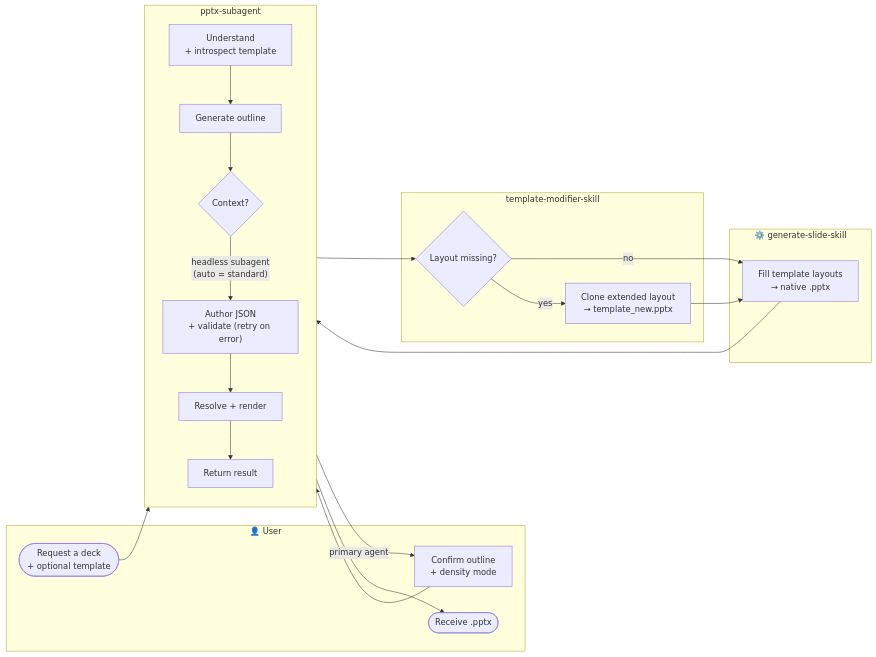
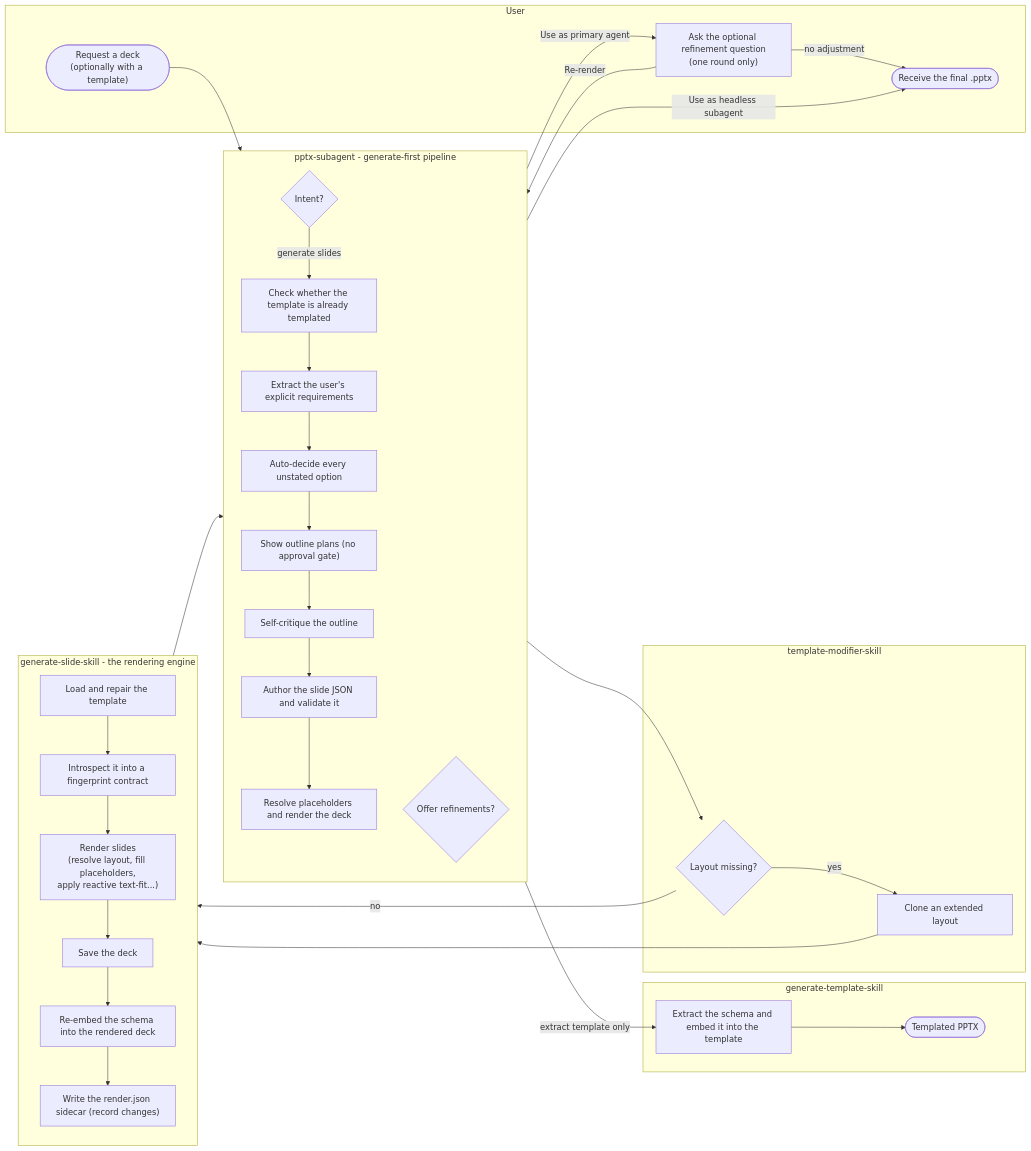
The diagram in docs/workflow/workflow-diagram.mmd (wcyapplemist/opencode-config-template-chenyu), drawn with Mermaid before and after one commit. The commit also changed 14 other files, not shown here.

Commit message:
docs(template-modifier): default clone_on='missing' policy (option A); reorganize diagram assets

```diff
--- a/docs/workflow/workflow-diagram.mmd
+++ b/docs/workflow/workflow-diagram.mmd
@@ -1,40 +1,60 @@
 %% PPTX Subagent System — Workflow Diagram (KEY steps · swimlane / responsibility view)
-%% Replaces the previous version. For the simplest linear view see workflow-diagram-linear.mmd;
-%% for the full mechanism see workflow-diagram-detailed.mmd.
+%% 3 skills each in their own block; generate-slide-skill (the core) shown as a
+%% 6-node pipeline. Intent router splits extract-only vs generation use cases.
+%% Linear view: workflow-diagram-linear.mmd · full mechanism: workflow-diagram-detailed.mmd
 %% Render at https://mermaid.live
 flowchart LR
-    subgraph User["👤 User"]
-        U0([Request a deck<br/>+ optional template])
-        U1[Confirm outline<br/>+ density mode]
-        Uend([Receive .pptx])
+    subgraph User["User"]
+        U0(["Request a deck<br/>(optionally with a template)"])
+        U1["Ask the optional refinement question<br/>(one round only)"]
+        Uend(["Receive the final .pptx"])
     end
 
-    subgraph Agent["pptx-subagent"]
+    subgraph Agent["pptx-subagent - generate-first pipeline"]
         direction TB
-        S0["Understand<br/>+ introspect template"]
-        S1["Generate outline"]
-        S2{"Context?"}
-        S3["Author JSON<br/>+ validate (retry on error)"]
-        S4["Resolve + render"]
-        S5["Return result"]
-        S0 --> S1 --> S2
-        S3 --> S4 --> S5
+        R{"Intent?"}
+        SM1["Check whether the template is already templated"]
+        S0a["Extract the user's explicit requirements"]
+        S0b["Auto-decide every unstated option"]
+        S1["Show outline plans (no approval gate)"]
+        S2["Self-critique the outline"]
+        S3["Author the slide JSON and validate it"]
+        S4["Resolve placeholders and render the deck"]
+        S5{"Offer refinements?"}
+        SM1 --> S0a --> S0b --> S1 --> S2 --> S3 --> S4
     end
 
-    subgraph Ext["template-modifier-skill"]
-        X0{"Layout missing?"}
-        X1[Clone extended layout<br/>→ template_new.pptx]
+    subgraph GT["generate-template-skill"]
+        GT0["Extract the schema and embed it into the template"]
+        GT1(["Templated PPTX"])
+        GT0 --> GT1
     end
 
-    subgraph Engine["⚙️ generate-slide-skill"]
-        E0[Fill template layouts<br/>→ native .pptx]
+    subgraph TM["template-modifier-skill"]
+        TM0{"Layout missing?"}
+        TM1["Clone an extended layout"]
+        TM0 -->|"yes"| TM1
     end
 
-    U0 --> S0
-    S2 -->|"primary agent"| U1
-    S2 -->|"headless subagent<br/>(auto = standard)"| S3
-    U1 --> S3
-    S4 --> X0
-    X0 -->|"no"| E0
-    X0 -->|"yes"| X1 --> E0
-    E0 --> S5 --> Uend
+    subgraph GS["generate-slide-skill - the rendering engine"]
+        direction TB
+        GS1["Load and repair the template"]
+        GS2["Introspect it into a fingerprint contract"]
+        GS3["Render slides<br/>(resolve layout, fill placeholders,<br/>apply reactive text-fit...)"]
+        GS4["Save the deck"]
+        GS5["Re-embed the schema into the rendered deck"]
+        GS6["Write the render.json sidecar (record changes)"]
+        GS1 --> GS2 --> GS3 --> GS4 --> GS5 --> GS6
+    end
+
+    U0 --> R
+    R -->|"extract template only"| GT0
+    R -->|"generate slides"| SM1
+    S4 --> TM0
+    TM1 --> GS1
+    TM0 -->|"no"| GS1
+    GS6 --> S5
+    S5 -->|"Use as primary agent"| U1
+    U1 -->|"Re-render"| S4
+    U1 -->|"no adjustment"| Uend
+    S5 -->|"Use as headless subagent"| Uend
```
